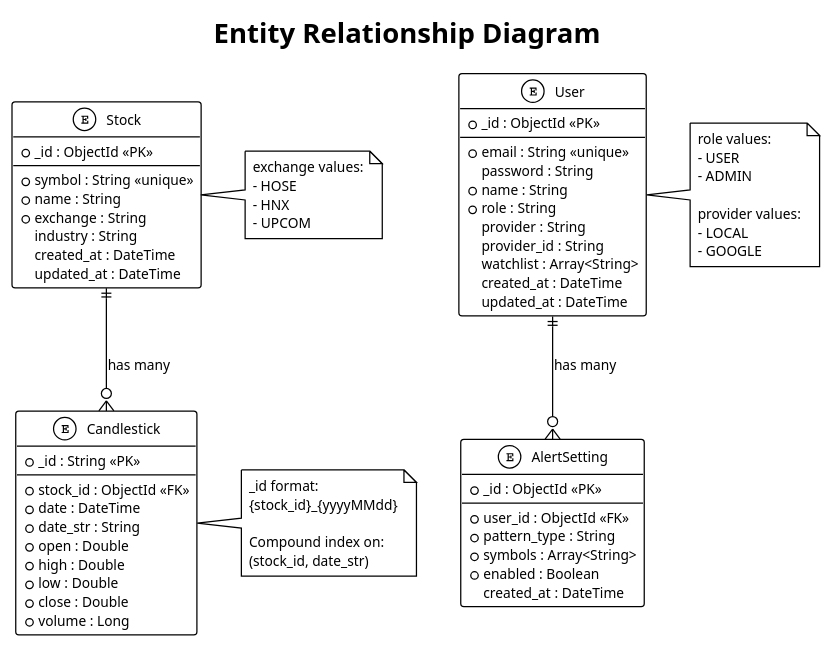
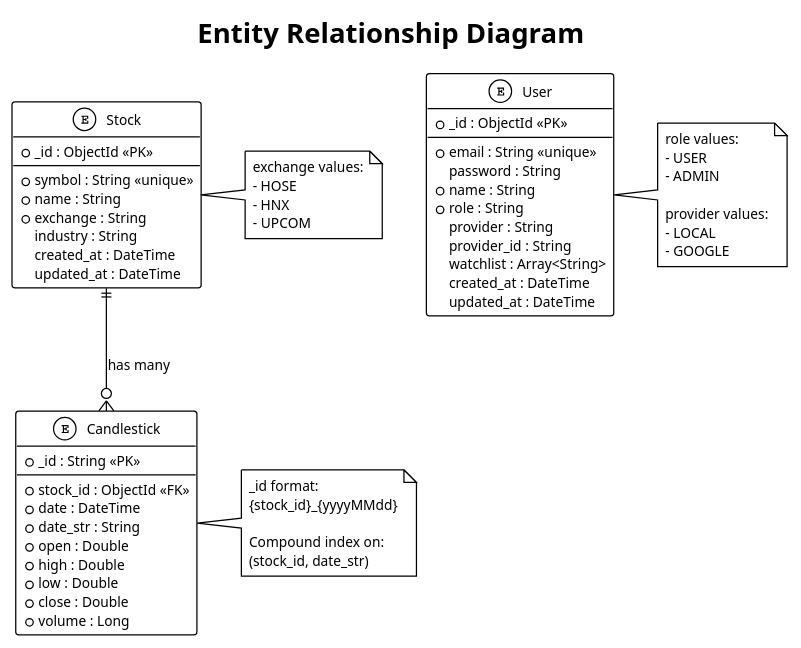
Before and after one commit to enel2906/graduation-thesis-diagram: the diagram in chapter4/er-diagram.puml, drawn with PlantUML. The commit also changed 25 other files, not shown here.

Commit message:
update diagram chapter4

```diff
--- a/chapter4/er-diagram.puml
+++ b/chapter4/er-diagram.puml
@@ -1,86 +1,79 @@
 @startuml er-diagram
 
 !theme plain
 skinparam backgroundColor #FFFFFF
 skinparam defaultFontName Arial
 skinparam defaultFontSize 11
+skinparam EntityBackgroundColor #FFFFFF
+skinparam EntityBorderColor #000000
+skinparam NoteBackgroundColor #FFFFFF
+skinparam NoteBorderColor #000000
 
 title Entity Relationship Diagram
 
 entity "Stock" as stock {
     * _id : ObjectId <<PK>>
     --
     * symbol : String <<unique>>
     * name : String
     * exchange : String
     industry : String
     created_at : DateTime
     updated_at : DateTime
 }
 
 entity "Candlestick" as candlestick {
     * _id : String <<PK>>
     --
     * stock_id : ObjectId <<FK>>
     * date : DateTime
     * date_str : String
     * open : Double
     * high : Double
     * low : Double
     * close : Double
     * volume : Long
 }
 
 entity "User" as user {
     * _id : ObjectId <<PK>>
     --
     * email : String <<unique>>
     password : String
     * name : String
     * role : String
     provider : String
     provider_id : String
     watchlist : Array<String>
     created_at : DateTime
     updated_at : DateTime
 }
 
-entity "AlertSetting" as alertSetting {
-    * _id : ObjectId <<PK>>
-    --
-    * user_id : ObjectId <<FK>>
-    * pattern_type : String
-    * symbols : Array<String>
-    * enabled : Boolean
-    created_at : DateTime
-}
-
 stock ||--o{ candlestick : "has many"
-user ||--o{ alertSetting : "has many"
 
 note right of stock
     exchange values:
     - HOSE
     - HNX
     - UPCOM
 end note
 
 note right of candlestick
     _id format:
     {stock_id}_{yyyyMMdd}
     
     Compound index on:
     (stock_id, date_str)
 end note
 
 note right of user
     role values:
     - USER
     - ADMIN
     
     provider values:
     - LOCAL
     - GOOGLE
 end note
 
 @enduml
```
